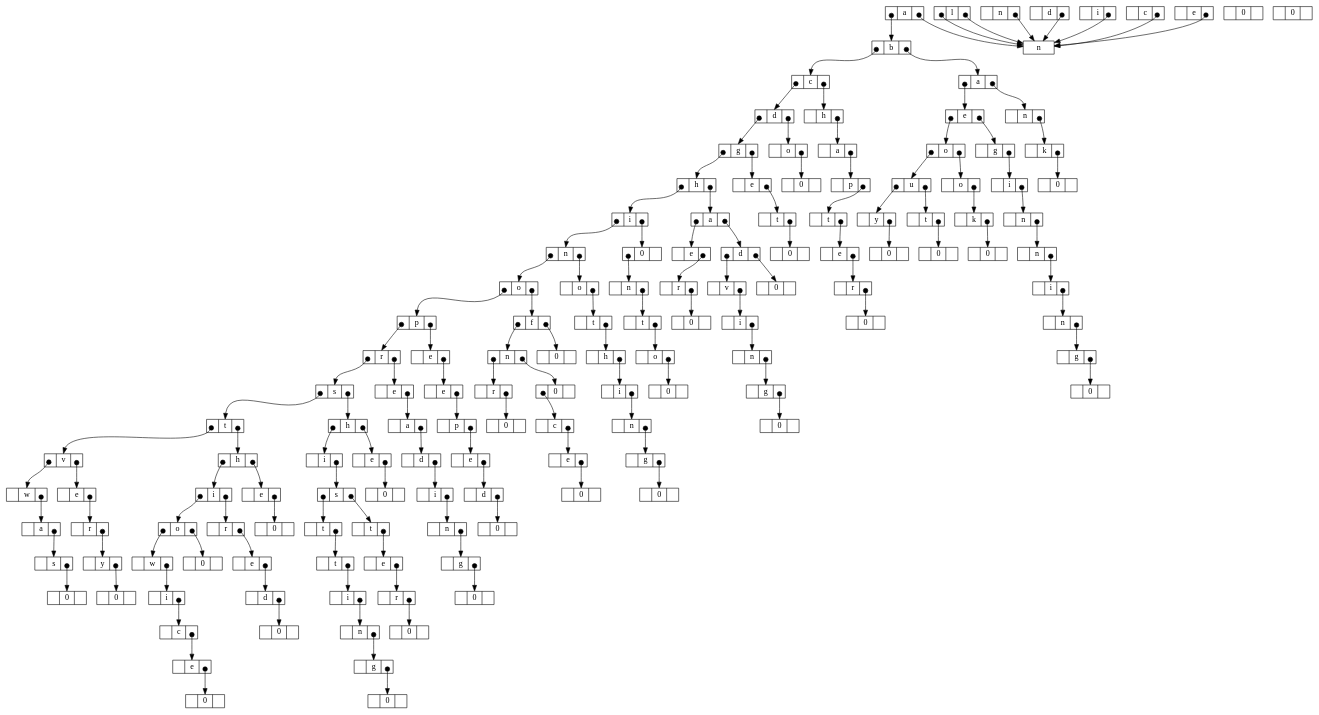
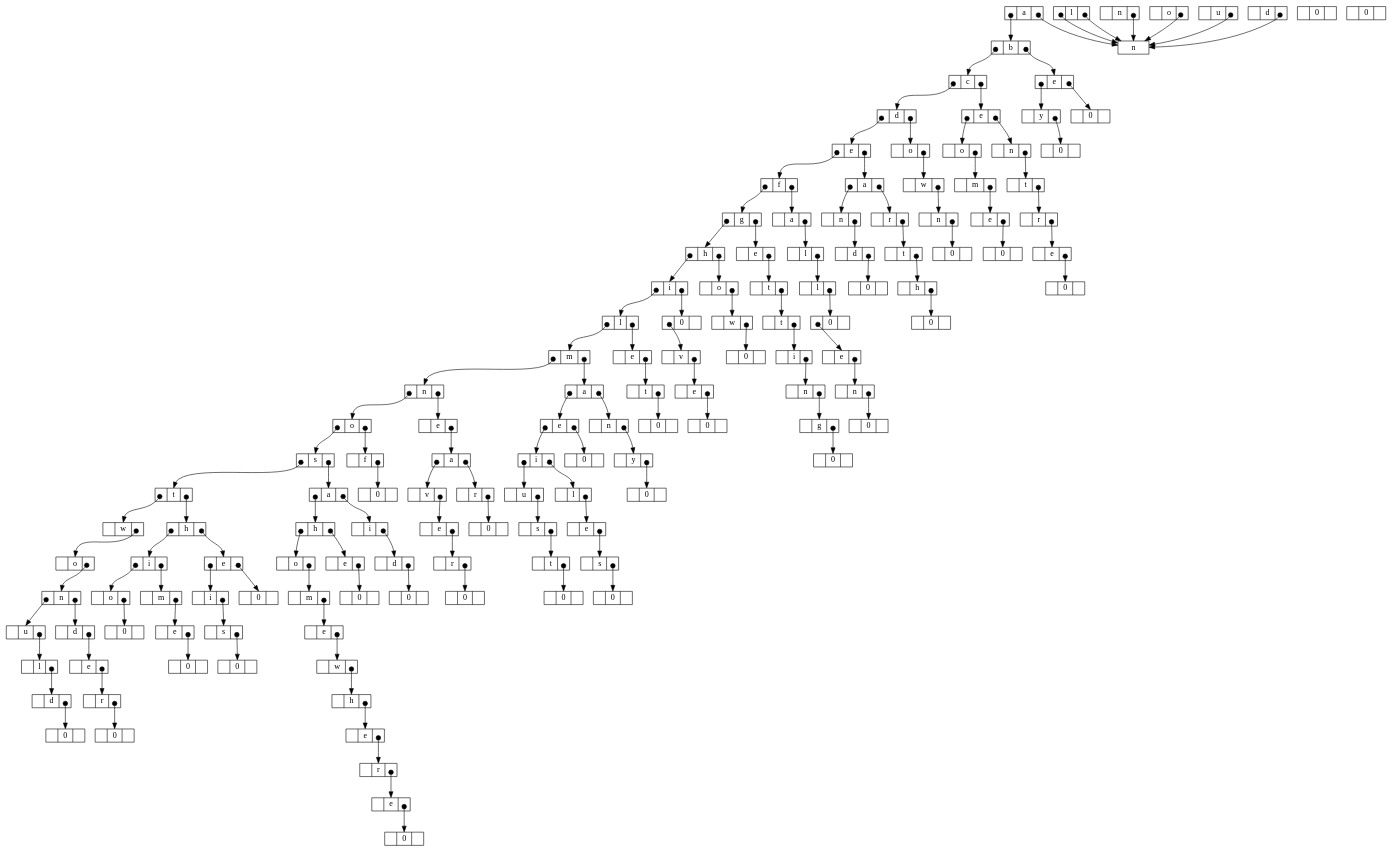
Before and after one commit to mmmaxou/projet-arbre-lexicographique: the diagram in tree.dot, drawn with Graphviz. The commit also changed 6 other files, not shown here.

```diff
--- a/tree.dot
+++ b/tree.dot
@@ -9,181 +9,181 @@
 	n2:fils:c -> n3:lettre;
 	n3 [label="<fils> | <lettre> d | <frere>"];
 	n3:fils:c -> n4:lettre;
-	n4 [label="<fils> | <lettre> g | <frere>"];
+	n4 [label="<fils> | <lettre> e | <frere>"];
 	n4:fils:c -> n5:lettre;
-	n5 [label="<fils> | <lettre> h | <frere>"];
+	n5 [label="<fils> | <lettre> f | <frere>"];
 	n5:fils:c -> n6:lettre;
-	n6 [label="<fils> | <lettre> i | <frere>"];
+	n6 [label="<fils> | <lettre> g | <frere>"];
 	n6:fils:c -> n7:lettre;
-	n7 [label="<fils> | <lettre> n | <frere>"];
+	n7 [label="<fils> | <lettre> h | <frere>"];
 	n7:fils:c -> n8:lettre;
-	n8 [label="<fils> | <lettre> o | <frere>"];
+	n8 [label="<fils> | <lettre> i | <frere>"];
 	n8:fils:c -> n9:lettre;
-	n9 [label="<fils> | <lettre> p | <frere>"];
+	n9 [label="<fils> | <lettre> l | <frere>"];
 	n9:fils:c -> n10:lettre;
-	n10 [label="<fils> | <lettre> r | <frere>"];
+	n10 [label="<fils> | <lettre> m | <frere>"];
 	n10:fils:c -> n11:lettre;
-	n11 [label="<fils> | <lettre> s | <frere>"];
+	n11 [label="<fils> | <lettre> n | <frere>"];
 	n11:fils:c -> n12:lettre;
-	n12 [label="<fils> | <lettre> t | <frere>"];
+	n12 [label="<fils> | <lettre> o | <frere>"];
 	n12:fils:c -> n13:lettre;
-	n13 [label="<fils> | <lettre> v | <frere>"];
+	n13 [label="<fils> | <lettre> s | <frere>"];
 	n13:fils:c -> n14:lettre;
-	n14 [label="<fils> | <lettre> w | <frere>"];
-	n14:frere:c -> n15:lettre;
-	n15 [label="<fils> | <lettre> a | <frere>"];
+	n14 [label="<fils> | <lettre> t | <frere>"];
+	n14:fils:c -> n15:lettre;
+	n15 [label="<fils> | <lettre> w | <frere>"];
 	n15:frere:c -> n16:lettre;
-	n16 [label="<fils> | <lettre> s | <frere>"];
+	n16 [label="<fils> | <lettre> o | <frere>"];
 	n16:frere:c -> n17:lettre;
-	n17 [label="<fils> | <lettre> 0 | <frere>"];
-	n13:frere:c -> n18:lettre;
-	n18 [label="<fils> | <lettre> e | <frere>"];
+	n17 [label="<fils> | <lettre> n | <frere>"];
+	n17:fils:c -> n18:lettre;
+	n18 [label="<fils> | <lettre> u | <frere>"];
 	n18:frere:c -> n19:lettre;
-	n19 [label="<fils> | <lettre> r | <frere>"];
+	n19 [label="<fils> | <lettre> l | <frere>"];
 	n19:frere:c -> n20:lettre;
-	n20 [label="<fils> | <lettre> y | <frere>"];
+	n20 [label="<fils> | <lettre> d | <frere>"];
 	n20:frere:c -> n21:lettre;
 	n21 [label="<fils> | <lettre> 0 | <frere>"];
-	n12:frere:c -> n22:lettre;
-	n22 [label="<fils> | <lettre> h | <frere>"];
-	n22:fils:c -> n23:lettre;
-	n23 [label="<fils> | <lettre> i | <frere>"];
-	n23:fils:c -> n24:lettre;
-	n24 [label="<fils> | <lettre> o | <frere>"];
-	n24:fils:c -> n25:lettre;
-	n25 [label="<fils> | <lettre> w | <frere>"];
-	n25:frere:c -> n26:lettre;
-	n26 [label="<fils> | <lettre> i | <frere>"];
-	n26:frere:c -> n27:lettre;
-	n27 [label="<fils> | <lettre> c | <frere>"];
-	n27:frere:c -> n28:lettre;
-	n28 [label="<fils> | <lettre> e | <frere>"];
+	n17:frere:c -> n22:lettre;
+	n22 [label="<fils> | <lettre> d | <frere>"];
+	n22:frere:c -> n23:lettre;
+	n23 [label="<fils> | <lettre> e | <frere>"];
+	n23:frere:c -> n24:lettre;
+	n24 [label="<fils> | <lettre> r | <frere>"];
+	n24:frere:c -> n25:lettre;
+	n25 [label="<fils> | <lettre> 0 | <frere>"];
+	n14:frere:c -> n26:lettre;
+	n26 [label="<fils> | <lettre> h | <frere>"];
+	n26:fils:c -> n27:lettre;
+	n27 [label="<fils> | <lettre> i | <frere>"];
+	n27:fils:c -> n28:lettre;
+	n28 [label="<fils> | <lettre> o | <frere>"];
 	n28:frere:c -> n29:lettre;
 	n29 [label="<fils> | <lettre> 0 | <frere>"];
-	n24:frere:c -> n30:lettre;
-	n30 [label="<fils> | <lettre> 0 | <frere>"];
-	n23:frere:c -> n31:lettre;
-	n31 [label="<fils> | <lettre> r | <frere>"];
+	n27:frere:c -> n30:lettre;
+	n30 [label="<fils> | <lettre> m | <frere>"];
+	n30:frere:c -> n31:lettre;
+	n31 [label="<fils> | <lettre> e | <frere>"];
 	n31:frere:c -> n32:lettre;
-	n32 [label="<fils> | <lettre> e | <frere>"];
-	n32:frere:c -> n33:lettre;
-	n33 [label="<fils> | <lettre> d | <frere>"];
-	n33:frere:c -> n34:lettre;
-	n34 [label="<fils> | <lettre> 0 | <frere>"];
-	n22:frere:c -> n35:lettre;
-	n35 [label="<fils> | <lettre> e | <frere>"];
+	n32 [label="<fils> | <lettre> 0 | <frere>"];
+	n26:frere:c -> n33:lettre;
+	n33 [label="<fils> | <lettre> e | <frere>"];
+	n33:fils:c -> n34:lettre;
+	n34 [label="<fils> | <lettre> i | <frere>"];
+	n34:frere:c -> n35:lettre;
+	n35 [label="<fils> | <lettre> s | <frere>"];
 	n35:frere:c -> n36:lettre;
 	n36 [label="<fils> | <lettre> 0 | <frere>"];
-	n11:frere:c -> n37:lettre;
-	n37 [label="<fils> | <lettre> h | <frere>"];
-	n37:fils:c -> n38:lettre;
-	n38 [label="<fils> | <lettre> i | <frere>"];
-	n38:frere:c -> n39:lettre;
-	n39 [label="<fils> | <lettre> s | <frere>"];
+	n33:frere:c -> n37:lettre;
+	n37 [label="<fils> | <lettre> 0 | <frere>"];
+	n13:frere:c -> n38:lettre;
+	n38 [label="<fils> | <lettre> a | <frere>"];
+	n38:fils:c -> n39:lettre;
+	n39 [label="<fils> | <lettre> h | <frere>"];
 	n39:fils:c -> n40:lettre;
-	n40 [label="<fils> | <lettre> t | <frere>"];
+	n40 [label="<fils> | <lettre> o | <frere>"];
 	n40:frere:c -> n41:lettre;
-	n41 [label="<fils> | <lettre> t | <frere>"];
+	n41 [label="<fils> | <lettre> m | <frere>"];
 	n41:frere:c -> n42:lettre;
-	n42 [label="<fils> | <lettre> i | <frere>"];
+	n42 [label="<fils> | <lettre> e | <frere>"];
 	n42:frere:c -> n43:lettre;
-	n43 [label="<fils> | <lettre> n | <frere>"];
+	n43 [label="<fils> | <lettre> w | <frere>"];
 	n43:frere:c -> n44:lettre;
-	n44 [label="<fils> | <lettre> g | <frere>"];
+	n44 [label="<fils> | <lettre> h | <frere>"];
 	n44:frere:c -> n45:lettre;
-	n45 [label="<fils> | <lettre> 0 | <frere>"];
-	n39:frere:c -> n46:lettre;
-	n46 [label="<fils> | <lettre> t | <frere>"];
+	n45 [label="<fils> | <lettre> e | <frere>"];
+	n45:frere:c -> n46:lettre;
+	n46 [label="<fils> | <lettre> r | <frere>"];
 	n46:frere:c -> n47:lettre;
 	n47 [label="<fils> | <lettre> e | <frere>"];
 	n47:frere:c -> n48:lettre;
-	n48 [label="<fils> | <lettre> r | <frere>"];
-	n48:frere:c -> n49:lettre;
-	n49 [label="<fils> | <lettre> 0 | <frere>"];
-	n37:frere:c -> n50:lettre;
-	n50 [label="<fils> | <lettre> e | <frere>"];
-	n50:frere:c -> n51:lettre;
-	n51 [label="<fils> | <lettre> 0 | <frere>"];
-	n10:frere:c -> n52:lettre;
-	n52 [label="<fils> | <lettre> e | <frere>"];
+	n48 [label="<fils> | <lettre> 0 | <frere>"];
+	n39:frere:c -> n49:lettre;
+	n49 [label="<fils> | <lettre> e | <frere>"];
+	n49:frere:c -> n50:lettre;
+	n50 [label="<fils> | <lettre> 0 | <frere>"];
+	n38:frere:c -> n51:lettre;
+	n51 [label="<fils> | <lettre> i | <frere>"];
+	n51:frere:c -> n52:lettre;
+	n52 [label="<fils> | <lettre> d | <frere>"];
 	n52:frere:c -> n53:lettre;
-	n53 [label="<fils> | <lettre> a | <frere>"];
-	n53:frere:c -> n54:lettre;
-	n54 [label="<fils> | <lettre> d | <frere>"];
+	n53 [label="<fils> | <lettre> 0 | <frere>"];
+	n12:frere:c -> n54:lettre;
+	n54 [label="<fils> | <lettre> f | <frere>"];
 	n54:frere:c -> n55:lettre;
-	n55 [label="<fils> | <lettre> i | <frere>"];
-	n55:frere:c -> n56:lettre;
-	n56 [label="<fils> | <lettre> n | <frere>"];
+	n55 [label="<fils> | <lettre> 0 | <frere>"];
+	n11:frere:c -> n56:lettre;
+	n56 [label="<fils> | <lettre> e | <frere>"];
 	n56:frere:c -> n57:lettre;
-	n57 [label="<fils> | <lettre> g | <frere>"];
-	n57:frere:c -> n58:lettre;
-	n58 [label="<fils> | <lettre> 0 | <frere>"];
-	n9:frere:c -> n59:lettre;
+	n57 [label="<fils> | <lettre> a | <frere>"];
+	n57:fils:c -> n58:lettre;
+	n58 [label="<fils> | <lettre> v | <frere>"];
+	n58:frere:c -> n59:lettre;
 	n59 [label="<fils> | <lettre> e | <frere>"];
 	n59:frere:c -> n60:lettre;
-	n60 [label="<fils> | <lettre> e | <frere>"];
+	n60 [label="<fils> | <lettre> r | <frere>"];
 	n60:frere:c -> n61:lettre;
-	n61 [label="<fils> | <lettre> p | <frere>"];
-	n61:frere:c -> n62:lettre;
-	n62 [label="<fils> | <lettre> e | <frere>"];
+	n61 [label="<fils> | <lettre> 0 | <frere>"];
+	n57:frere:c -> n62:lettre;
+	n62 [label="<fils> | <lettre> r | <frere>"];
 	n62:frere:c -> n63:lettre;
-	n63 [label="<fils> | <lettre> d | <frere>"];
-	n63:frere:c -> n64:lettre;
-	n64 [label="<fils> | <lettre> 0 | <frere>"];
-	n8:frere:c -> n65:lettre;
-	n65 [label="<fils> | <lettre> f | <frere>"];
+	n63 [label="<fils> | <lettre> 0 | <frere>"];
+	n10:frere:c -> n64:lettre;
+	n64 [label="<fils> | <lettre> a | <frere>"];
+	n64:fils:c -> n65:lettre;
+	n65 [label="<fils> | <lettre> e | <frere>"];
 	n65:fils:c -> n66:lettre;
-	n66 [label="<fils> | <lettre> n | <frere>"];
+	n66 [label="<fils> | <lettre> i | <frere>"];
 	n66:fils:c -> n67:lettre;
-	n67 [label="<fils> | <lettre> r | <frere>"];
+	n67 [label="<fils> | <lettre> u | <frere>"];
 	n67:frere:c -> n68:lettre;
-	n68 [label="<fils> | <lettre> 0 | <frere>"];
-	n66:frere:c -> n69:lettre;
-	n69 [label="<fils> | <lettre> 0 | <frere>"];
-	n69:fils:c -> n70:lettre;
-	n70 [label="<fils> | <lettre> c | <frere>"];
-	n70:frere:c -> n71:lettre;
-	n71 [label="<fils> | <lettre> e | <frere>"];
+	n68 [label="<fils> | <lettre> s | <frere>"];
+	n68:frere:c -> n69:lettre;
+	n69 [label="<fils> | <lettre> t | <frere>"];
+	n69:frere:c -> n70:lettre;
+	n70 [label="<fils> | <lettre> 0 | <frere>"];
+	n66:frere:c -> n71:lettre;
+	n71 [label="<fils> | <lettre> l | <frere>"];
 	n71:frere:c -> n72:lettre;
-	n72 [label="<fils> | <lettre> 0 | <frere>"];
-	n65:frere:c -> n73:lettre;
-	n73 [label="<fils> | <lettre> 0 | <frere>"];
-	n7:frere:c -> n74:lettre;
-	n74 [label="<fils> | <lettre> o | <frere>"];
-	n74:frere:c -> n75:lettre;
-	n75 [label="<fils> | <lettre> t | <frere>"];
-	n75:frere:c -> n76:lettre;
-	n76 [label="<fils> | <lettre> h | <frere>"];
+	n72 [label="<fils> | <lettre> e | <frere>"];
+	n72:frere:c -> n73:lettre;
+	n73 [label="<fils> | <lettre> s | <frere>"];
+	n73:frere:c -> n74:lettre;
+	n74 [label="<fils> | <lettre> 0 | <frere>"];
+	n65:frere:c -> n75:lettre;
+	n75 [label="<fils> | <lettre> 0 | <frere>"];
+	n64:frere:c -> n76:lettre;
+	n76 [label="<fils> | <lettre> n | <frere>"];
 	n76:frere:c -> n77:lettre;
-	n77 [label="<fils> | <lettre> i | <frere>"];
+	n77 [label="<fils> | <lettre> y | <frere>"];
 	n77:frere:c -> n78:lettre;
-	n78 [label="<fils> | <lettre> n | <frere>"];
-	n78:frere:c -> n79:lettre;
-	n79 [label="<fils> | <lettre> g | <frere>"];
+	n78 [label="<fils> | <lettre> 0 | <frere>"];
+	n9:frere:c -> n79:lettre;
+	n79 [label="<fils> | <lettre> e | <frere>"];
 	n79:frere:c -> n80:lettre;
-	n80 [label="<fils> | <lettre> 0 | <frere>"];
-	n6:frere:c -> n81:lettre;
+	n80 [label="<fils> | <lettre> t | <frere>"];
+	n80:frere:c -> n81:lettre;
 	n81 [label="<fils> | <lettre> 0 | <frere>"];
-	n81:fils:c -> n82:lettre;
-	n82 [label="<fils> | <lettre> n | <frere>"];
-	n82:frere:c -> n83:lettre;
-	n83 [label="<fils> | <lettre> t | <frere>"];
+	n8:frere:c -> n82:lettre;
+	n82 [label="<fils> | <lettre> 0 | <frere>"];
+	n82:fils:c -> n83:lettre;
+	n83 [label="<fils> | <lettre> v | <frere>"];
 	n83:frere:c -> n84:lettre;
-	n84 [label="<fils> | <lettre> o | <frere>"];
+	n84 [label="<fils> | <lettre> e | <frere>"];
 	n84:frere:c -> n85:lettre;
 	n85 [label="<fils> | <lettre> 0 | <frere>"];
-	n5:frere:c -> n86:lettre;
-	n86 [label="<fils> | <lettre> a | <frere>"];
-	n86:fils:c -> n87:lettre;
-	n87 [label="<fils> | <lettre> e | <frere>"];
+	n7:frere:c -> n86:lettre;
+	n86 [label="<fils> | <lettre> o | <frere>"];
+	n86:frere:c -> n87:lettre;
+	n87 [label="<fils> | <lettre> w | <frere>"];
 	n87:frere:c -> n88:lettre;
-	n88 [label="<fils> | <lettre> r | <frere>"];
-	n88:frere:c -> n89:lettre;
-	n89 [label="<fils> | <lettre> 0 | <frere>"];
-	n86:frere:c -> n90:lettre;
-	n90 [label="<fils> | <lettre> d | <frere>"];
-	n90:fils:c -> n91:lettre;
-	n91 [label="<fils> | <lettre> v | <frere>"];
+	n88 [label="<fils> | <lettre> 0 | <frere>"];
+	n6:frere:c -> n89:lettre;
+	n89 [label="<fils> | <lettre> e | <frere>"];
+	n89:frere:c -> n90:lettre;
+	n90 [label="<fils> | <lettre> t | <frere>"];
+	n90:frere:c -> n91:lettre;
+	n91 [label="<fils> | <lettre> t | <frere>"];
 	n91:frere:c -> n92:lettre;
 	n92 [label="<fils> | <lettre> i | <frere>"];
 	n92:frere:c -> n93:lettre;
@@ -192,90 +192,84 @@
 	n94 [label="<fils> | <lettre> g | <frere>"];
 	n94:frere:c -> n95:lettre;
 	n95 [label="<fils> | <lettre> 0 | <frere>"];
-	n90:frere:c -> n96:lettre;
-	n96 [label="<fils> | <lettre> 0 | <frere>"];
-	n4:frere:c -> n97:lettre;
-	n97 [label="<fils> | <lettre> e | <frere>"];
+	n5:frere:c -> n96:lettre;
+	n96 [label="<fils> | <lettre> a | <frere>"];
+	n96:frere:c -> n97:lettre;
+	n97 [label="<fils> | <lettre> l | <frere>"];
 	n97:frere:c -> n98:lettre;
-	n98 [label="<fils> | <lettre> t | <frere>"];
+	n98 [label="<fils> | <lettre> l | <frere>"];
 	n98:frere:c -> n99:lettre;
 	n99 [label="<fils> | <lettre> 0 | <frere>"];
-	n3:frere:c -> n100:lettre;
-	n100 [label="<fils> | <lettre> o | <frere>"];
+	n99:fils:c -> n100:lettre;
+	n100 [label="<fils> | <lettre> e | <frere>"];
 	n100:frere:c -> n101:lettre;
-	n101 [label="<fils> | <lettre> 0 | <frere>"];
-	n2:frere:c -> n102:lettre;
-	n102 [label="<fils> | <lettre> h | <frere>"];
-	n102:frere:c -> n103:lettre;
+	n101 [label="<fils> | <lettre> n | <frere>"];
+	n101:frere:c -> n102:lettre;
+	n102 [label="<fils> | <lettre> 0 | <frere>"];
+	n4:frere:c -> n103:lettre;
 	n103 [label="<fils> | <lettre> a | <frere>"];
-	n103:frere:c -> n104:lettre;
-	n104 [label="<fils> | <lettre> p | <frere>"];
+	n103:fils:c -> n104:lettre;
+	n104 [label="<fils> | <lettre> n | <frere>"];
 	n104:frere:c -> n105:lettre;
-	n105 [label="<fils> | <lettre> t | <frere>"];
+	n105 [label="<fils> | <lettre> d | <frere>"];
 	n105:frere:c -> n106:lettre;
-	n106 [label="<fils> | <lettre> e | <frere>"];
-	n106:frere:c -> n107:lettre;
+	n106 [label="<fils> | <lettre> 0 | <frere>"];
+	n103:frere:c -> n107:lettre;
 	n107 [label="<fils> | <lettre> r | <frere>"];
 	n107:frere:c -> n108:lettre;
-	n108 [label="<fils> | <lettre> 0 | <frere>"];
-	n1:frere:c -> n109:lettre;
-	n109 [label="<fils> | <lettre> a | <frere>"];
-	n109:fils:c -> n110:lettre;
-	n110 [label="<fils> | <lettre> e | <frere>"];
-	n110:fils:c -> n111:lettre;
+	n108 [label="<fils> | <lettre> t | <frere>"];
+	n108:frere:c -> n109:lettre;
+	n109 [label="<fils> | <lettre> h | <frere>"];
+	n109:frere:c -> n110:lettre;
+	n110 [label="<fils> | <lettre> 0 | <frere>"];
+	n3:frere:c -> n111:lettre;
 	n111 [label="<fils> | <lettre> o | <frere>"];
-	n111:fils:c -> n112:lettre;
-	n112 [label="<fils> | <lettre> u | <frere>"];
-	n112:fils:c -> n113:lettre;
-	n113 [label="<fils> | <lettre> y | <frere>"];
+	n111:frere:c -> n112:lettre;
+	n112 [label="<fils> | <lettre> w | <frere>"];
+	n112:frere:c -> n113:lettre;
+	n113 [label="<fils> | <lettre> n | <frere>"];
 	n113:frere:c -> n114:lettre;
 	n114 [label="<fils> | <lettre> 0 | <frere>"];
-	n112:frere:c -> n115:lettre;
-	n115 [label="<fils> | <lettre> t | <frere>"];
-	n115:frere:c -> n116:lettre;
-	n116 [label="<fils> | <lettre> 0 | <frere>"];
-	n111:frere:c -> n117:lettre;
-	n117 [label="<fils> | <lettre> o | <frere>"];
+	n2:frere:c -> n115:lettre;
+	n115 [label="<fils> | <lettre> e | <frere>"];
+	n115:fils:c -> n116:lettre;
+	n116 [label="<fils> | <lettre> o | <frere>"];
+	n116:frere:c -> n117:lettre;
+	n117 [label="<fils> | <lettre> m | <frere>"];
 	n117:frere:c -> n118:lettre;
-	n118 [label="<fils> | <lettre> k | <frere>"];
+	n118 [label="<fils> | <lettre> e | <frere>"];
 	n118:frere:c -> n119:lettre;
 	n119 [label="<fils> | <lettre> 0 | <frere>"];
-	n110:frere:c -> n120:lettre;
-	n120 [label="<fils> | <lettre> g | <frere>"];
+	n115:frere:c -> n120:lettre;
+	n120 [label="<fils> | <lettre> n | <frere>"];
 	n120:frere:c -> n121:lettre;
-	n121 [label="<fils> | <lettre> i | <frere>"];
+	n121 [label="<fils> | <lettre> t | <frere>"];
 	n121:frere:c -> n122:lettre;
-	n122 [label="<fils> | <lettre> n | <frere>"];
+	n122 [label="<fils> | <lettre> r | <frere>"];
 	n122:frere:c -> n123:lettre;
-	n123 [label="<fils> | <lettre> n | <frere>"];
+	n123 [label="<fils> | <lettre> e | <frere>"];
 	n123:frere:c -> n124:lettre;
-	n124 [label="<fils> | <lettre> i | <frere>"];
-	n124:frere:c -> n125:lettre;
-	n125 [label="<fils> | <lettre> n | <frere>"];
-	n125:frere:c -> n126:lettre;
-	n126 [label="<fils> | <lettre> g | <frere>"];
+	n124 [label="<fils> | <lettre> 0 | <frere>"];
+	n1:frere:c -> n125:lettre;
+	n125 [label="<fils> | <lettre> e | <frere>"];
+	n125:fils:c -> n126:lettre;
+	n126 [label="<fils> | <lettre> y | <frere>"];
 	n126:frere:c -> n127:lettre;
 	n127 [label="<fils> | <lettre> 0 | <frere>"];
-	n109:frere:c -> n128:lettre;
-	n128 [label="<fils> | <lettre> n | <frere>"];
-	n128:frere:c -> n129:lettre;
-	n129 [label="<fils> | <lettre> k | <frere>"];
-	n129:frere:c -> n130:lettre;
-	n130 [label="<fils> | <lettre> 0 | <frere>"];
-	n0:frere:c -> n-125:lettre;
-	n-125 [label="<fils> | <lettre> l | <frere>"];
-	n-125:fils:c -> n-124:lettre;
-	n-124 [label="<fils> | <lettre> n | <frere>"];
+	n125:frere:c -> n128:lettre;
+	n128 [label="<fils> | <lettre> 0 | <frere>"];
+	n0:frere:c -> n-127:lettre;
+	n-127 [label="<fils> | <lettre> l | <frere>"];
+	n-127:fils:c -> n-126:lettre;
+	n-126 [label="<fils> | <lettre> n | <frere>"];
+	n-126:frere:c -> n-125:lettre;
+	n-125 [label="<fils> | <lettre> 0 | <frere>"];
+	n-127:frere:c -> n-124:lettre;
+	n-124 [label="<fils> | <lettre> o | <frere>"];
 	n-124:frere:c -> n-123:lettre;
-	n-123 [label="<fils> | <lettre> d | <frere>"];
+	n-123 [label="<fils> | <lettre> u | <frere>"];
 	n-123:frere:c -> n-122:lettre;
-	n-122 [label="<fils> | <lettre> 0 | <frere>"];
-	n-125:frere:c -> n-121:lettre;
-	n-121 [label="<fils> | <lettre> i | <frere>"];
-	n-121:frere:c -> n-120:lettre;
-	n-120 [label="<fils> | <lettre> c | <frere>"];
-	n-120:frere:c -> n-119:lettre;
-	n-119 [label="<fils> | <lettre> e | <frere>"];
-	n-119:frere:c -> n-118:lettre;
-	n-118 [label="<fils> | <lettre> 0 | <frere>"];
+	n-122 [label="<fils> | <lettre> d | <frere>"];
+	n-122:frere:c -> n-121:lettre;
+	n-121 [label="<fils> | <lettre> 0 | <frere>"];
 }
```
